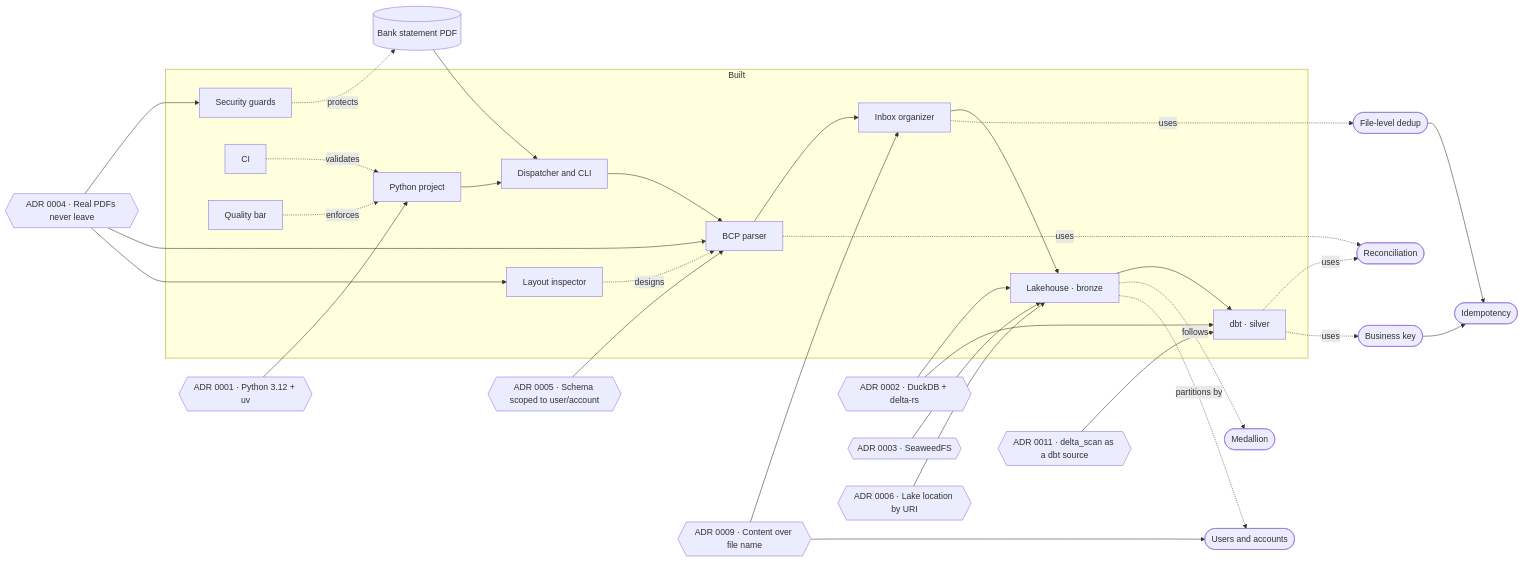
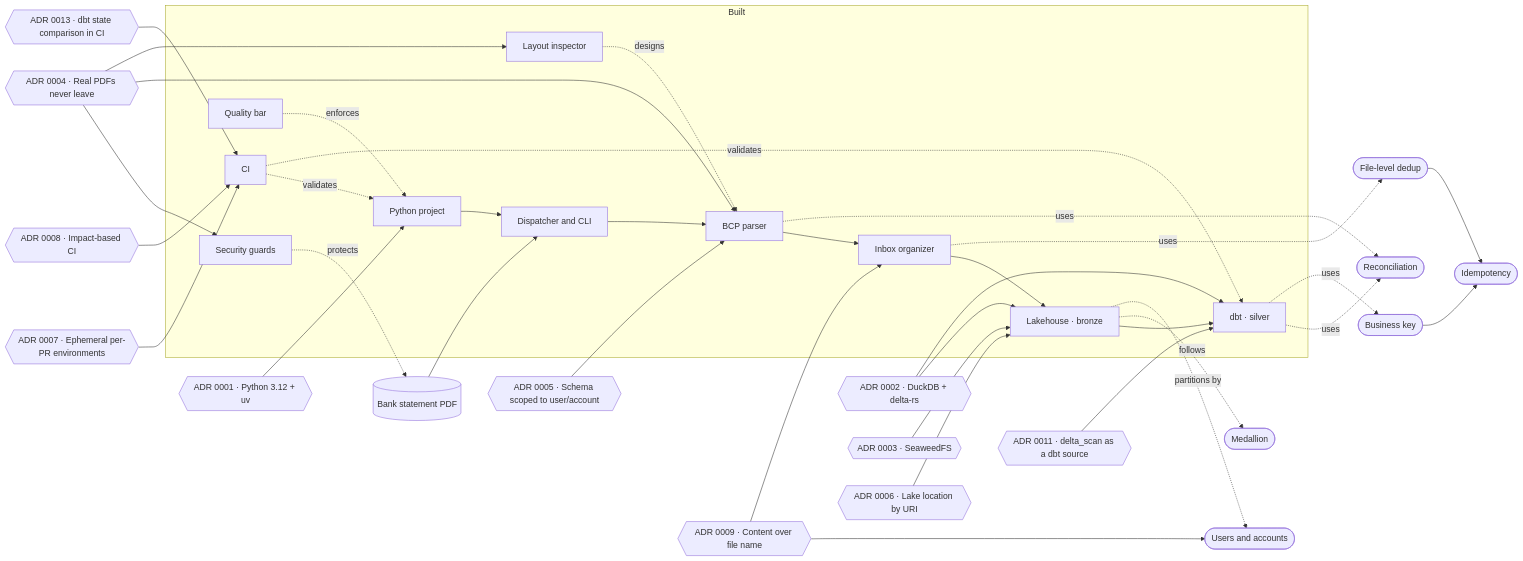
Before and after one commit to PieroRios2000/personal-finance-platform: the diagram in brain/README.md, drawn with Mermaid. The commit also changed other lines of this file and 4 other files, not shown here.

````diff
--- a/brain/README.md
+++ b/brain/README.md
@@ -12,46 +12,50 @@
 ```mermaid
 flowchart LR
     PDF[("Bank statement PDF")]
 
     subgraph built["Built"]
         GS["Security guards"]
         PY["Python project"]
         CI["CI"]
         INS["Layout inspector"]
         CAL["Quality bar"]
         CLID["Dispatcher and CLI"]
         BCP["BCP parser"]
         ORG["Inbox organizer"]
         LAKE["Lakehouse · bronze"]
         DBT["dbt · silver"]
     end
 
     PDF --> CLID --> BCP --> ORG --> LAKE --> DBT
     PY --> CLID
     CI -. validates .-> PY
     GS -. protects .-> PDF
     INS -. designs .-> BCP
     CAL -. enforces .-> PY
 
     BCP -. uses .-> REC(["Reconciliation"])
     ORG -. uses .-> DED(["File-level dedup"])
     LAKE -. follows .-> MED(["Medallion"])
     LAKE -. partitions by .-> UA(["Users and accounts"])
     DBT -. uses .-> REC
     DBT -. uses .-> BK(["Business key"])
     DED --> IDE(["Idempotency"])
     BK --> IDE
 
     A1{{"ADR 0001 · Python 3.12 + uv"}} --> PY
     A2{{"ADR 0002 · DuckDB + delta-rs"}} --> LAKE
     A2 --> DBT
     A3{{"ADR 0003 · SeaweedFS"}} --> LAKE
     A4{{"ADR 0004 · Real PDFs never leave"}} --> GS
     A4 --> BCP
     A4 --> INS
     A5{{"ADR 0005 · Schema scoped to user/account"}} --> BCP
     A6{{"ADR 0006 · Lake location by URI"}} --> LAKE
     A9{{"ADR 0009 · Content over file name"}} --> ORG
     A9 --> UA
     A11{{"ADR 0011 · delta_scan as a dbt source"}} --> DBT
+    A7{{"ADR 0007 · Ephemeral per-PR environments"}} --> CI
+    A8{{"ADR 0008 · Impact-based CI"}} --> CI
+    A13{{"ADR 0013 · dbt state comparison in CI"}} --> CI
+    CI -. validates .-> DBT
 ```
````
